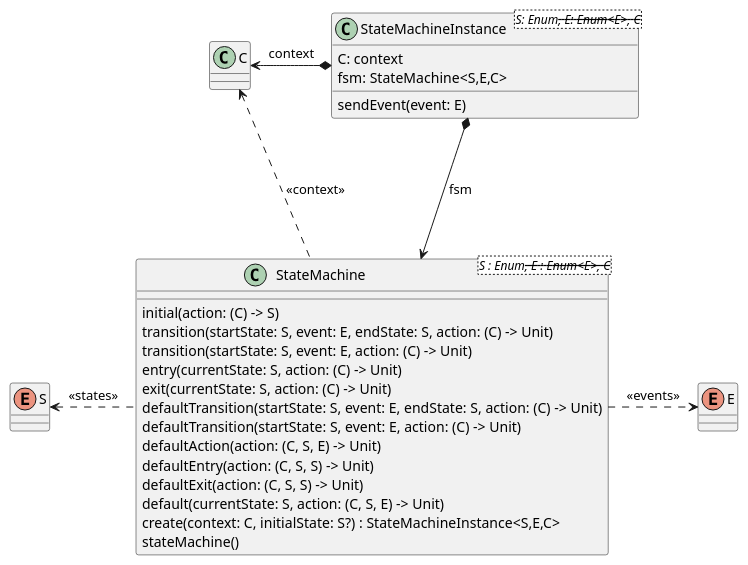
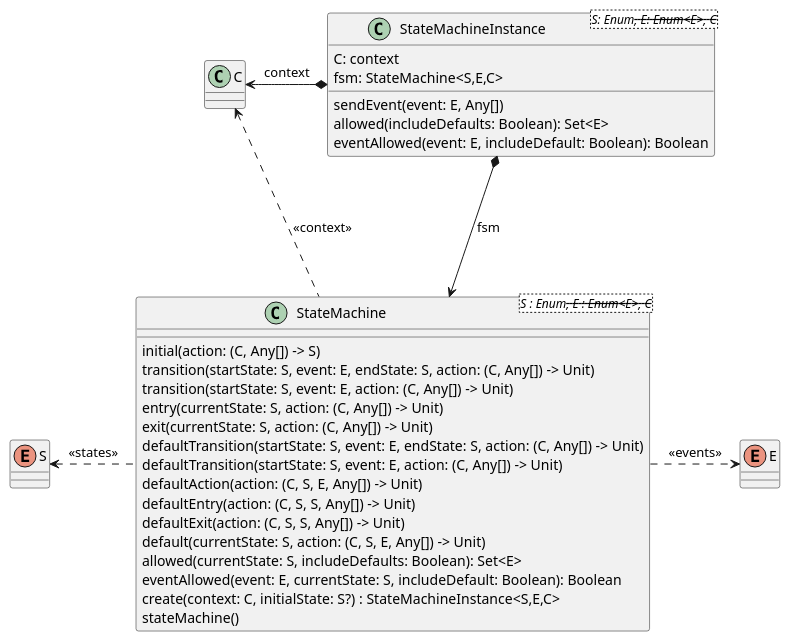
One commit to open-jumpco/kfsm changed the diagram in src/doc/plantuml/statemachine-model.plantuml. Above: the diagram before and after it, drawn with PlantUML. The commit also changed 22 other files, not shown here.

```diff
--- a/src/doc/plantuml/statemachine-model.plantuml
+++ b/src/doc/plantuml/statemachine-model.plantuml
@@ -1,38 +1,43 @@
 @startuml
 
 class C {
 }
 enum S {
 }
 enum E {
 }
 
 class StateMachine<S : Enum<S>, E : Enum<E>, C> {
-    initial(action: (C) -> S)
-    transition(startState: S, event: E, endState: S, action: (C) -> Unit)
-    transition(startState: S, event: E, action: (C) -> Unit)
-    entry(currentState: S, action: (C) -> Unit)
-    exit(currentState: S, action: (C) -> Unit)
-    defaultTransition(startState: S, event: E, endState: S, action: (C) -> Unit)
-    defaultTransition(startState: S, event: E, action: (C) -> Unit)
-    defaultAction(action: (C, S, E) -> Unit)
-    defaultEntry(action: (C, S, S) -> Unit)
-    defaultExit(action: (C, S, S) -> Unit)
-    default(currentState: S, action: (C, S, E) -> Unit)
+    initial(action: (C, Any[]) -> S)
+    transition(startState: S, event: E, endState: S, action: (C, Any[]) -> Unit)
+    transition(startState: S, event: E, action: (C, Any[]) -> Unit)
+    entry(currentState: S, action: (C, Any[]) -> Unit)
+    exit(currentState: S, action: (C, Any[]) -> Unit)
+    defaultTransition(startState: S, event: E, endState: S, action: (C, Any[]) -> Unit)
+    defaultTransition(startState: S, event: E, action: (C, Any[]) -> Unit)
+    defaultAction(action: (C, S, E, Any[]) -> Unit)
+    defaultEntry(action: (C, S, S, Any[]) -> Unit)
+    defaultExit(action: (C, S, S, Any[]) -> Unit)
+    default(currentState: S, action: (C, S, E, Any[]) -> Unit)
+    allowed(currentState: S, includeDefaults: Boolean): Set<E>
+    eventAllowed(event: E, currentState: S, includeDefault: Boolean): Boolean
     create(context: C, initialState: S?) : StateMachineInstance<S,E,C>
     stateMachine()
 }
 
 class StateMachineInstance<S: Enum<S>, E: Enum<E>, C> {
     C: context
     fsm: StateMachine<S,E,C>
-    sendEvent(event: E)
+    sendEvent(event: E, Any[])
+    allowed(includeDefaults: Boolean): Set<E>
+    eventAllowed(event: E, includeDefault: Boolean): Boolean
 }
+
 StateMachine .left.> S : <<states>>
 StateMachine .right.> E : <<events>>
 StateMachine .up.> C : <<context>>
 
 StateMachineInstance *---> StateMachine : fsm
 StateMachineInstance *-left-> C : context
 
 @enduml
```
